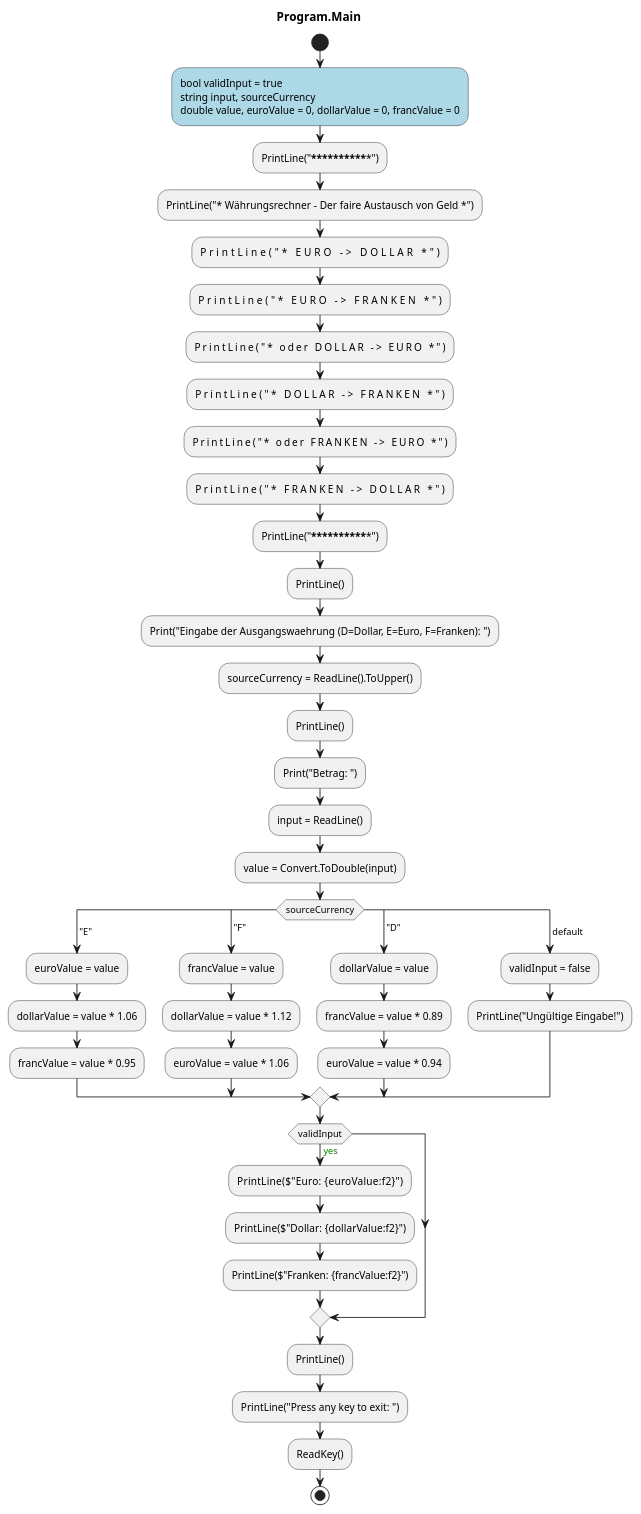
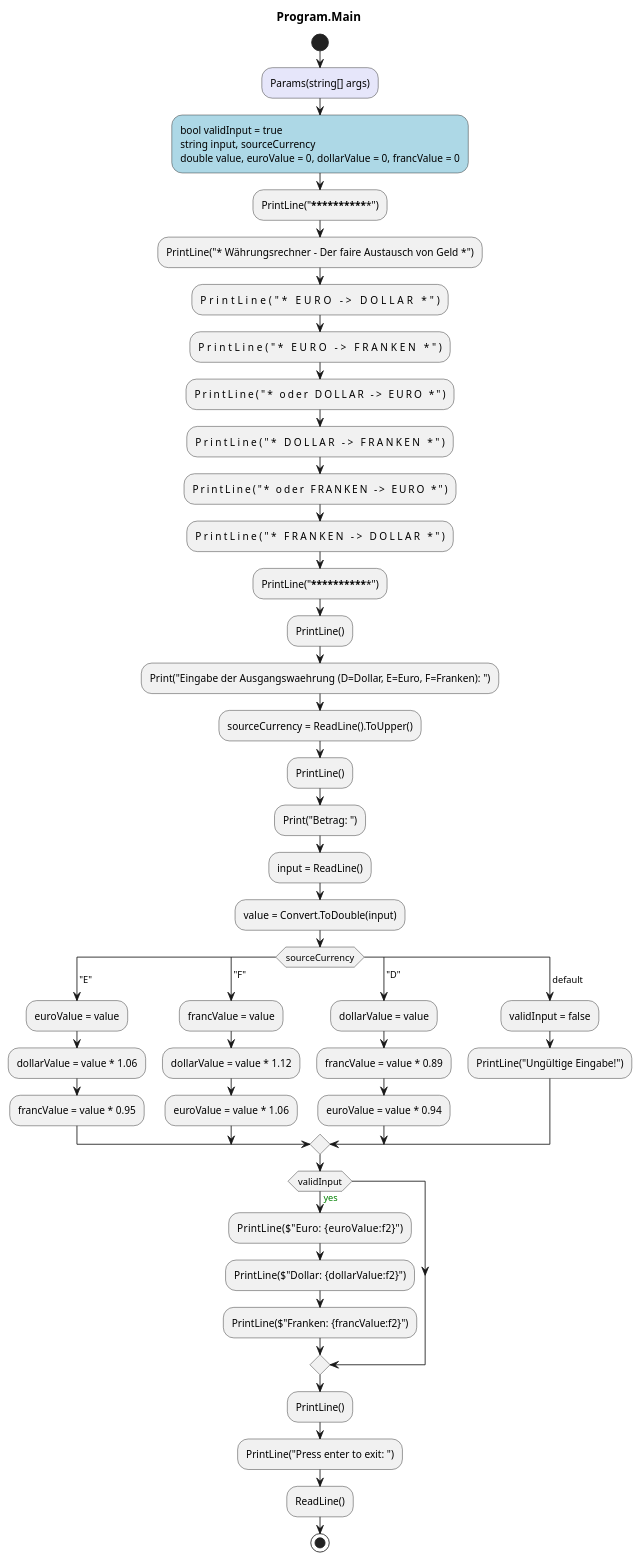
One commit to leoggehrer/2324-34_ABIF_ACIF_POSE changed the diagram in CurrencyTranslation.ConApp/Diagrams/ac_Program_Main.puml. Above: the diagram before and after it, drawn with PlantUML. The commit also changed 227 other files, not shown here.

Commit message:
Changed folder name from Diagrams to diagrams.

```diff
--- a/CurrencyTranslation.ConApp/Diagrams/ac_Program_Main.puml
+++ b/CurrencyTranslation.ConApp/Diagrams/ac_Program_Main.puml
@@ -1,49 +1,50 @@
 @startuml Program.Main
 title Program.Main
 start
+#Lavender:Params(string[] args);
 #LightBlue:bool validInput = true
 string input, sourceCurrency
 double value, euroValue = 0, dollarValue = 0, francValue = 0;
 :PrintLine("***************************************************");
 :PrintLine("* Währungsrechner - Der faire Austausch von Geld  *");
 :PrintLine("*                   EURO    -> DOLLAR             *");
 :PrintLine("*                   EURO    -> FRANKEN            *");
 :PrintLine("* oder              DOLLAR  -> EURO               *");
 :PrintLine("*                   DOLLAR  -> FRANKEN            *");
 :PrintLine("* oder              FRANKEN -> EURO               *");
 :PrintLine("*                   FRANKEN -> DOLLAR             *");
 :PrintLine("***************************************************");
 :PrintLine();
 :Print("Eingabe der Ausgangswaehrung (D=Dollar, E=Euro, F=Franken): ");
 :sourceCurrency = ReadLine().ToUpper();
 :PrintLine();
 :Print("Betrag: ");
 :input = ReadLine();
 :value = Convert.ToDouble(input);
 switch (sourceCurrency)
   case( "E" )
   :euroValue = value;
   :dollarValue = value * 1.06;
   :francValue = value * 0.95;
   case( "F" )
   :francValue = value;
   :dollarValue = value * 1.12;
   :euroValue = value * 1.06;
   case( "D" )
   :dollarValue = value;
   :francValue = value * 0.89;
   :euroValue = value * 0.94;
   case ( default )
   :validInput = false;
   :PrintLine("Ungültige Eingabe!");
 endswitch
 if (validInput) then (<color:green>yes)
     :PrintLine($"Euro:    {euroValue:f2}");
     :PrintLine($"Dollar:  {dollarValue:f2}");
     :PrintLine($"Franken: {francValue:f2}");
 endif
 :PrintLine();
-:PrintLine("Press any key to exit: ");
-:ReadKey();
+:PrintLine("Press enter to exit: ");
+:ReadLine();
 stop
 @enduml
```
